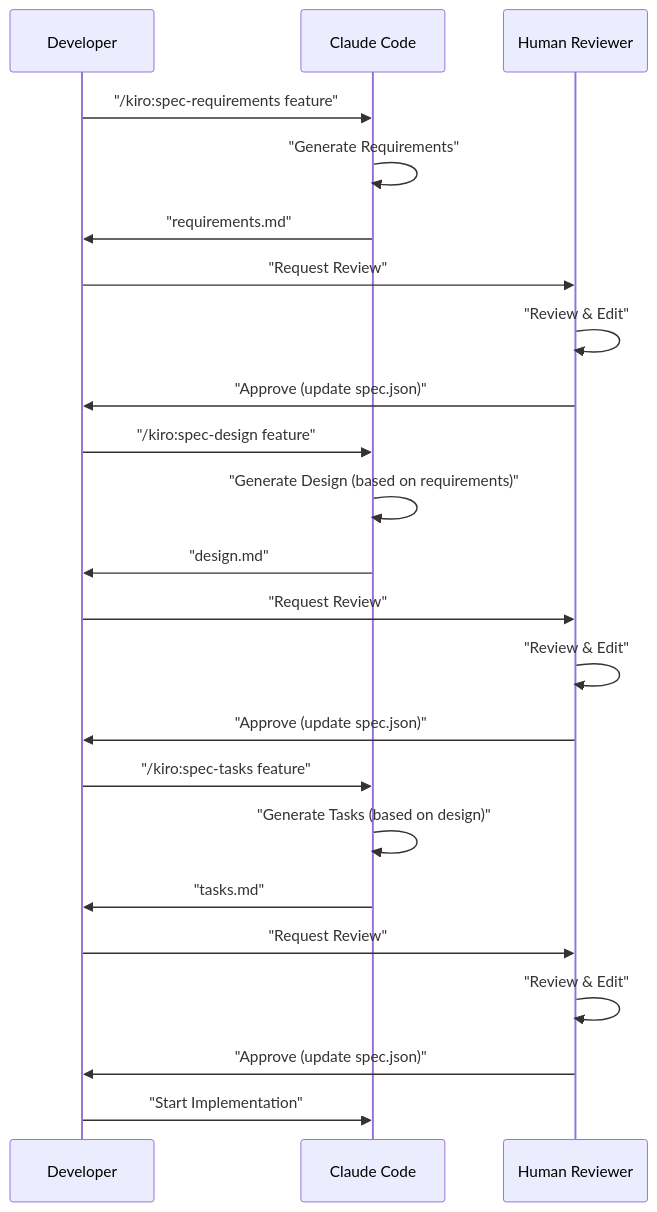
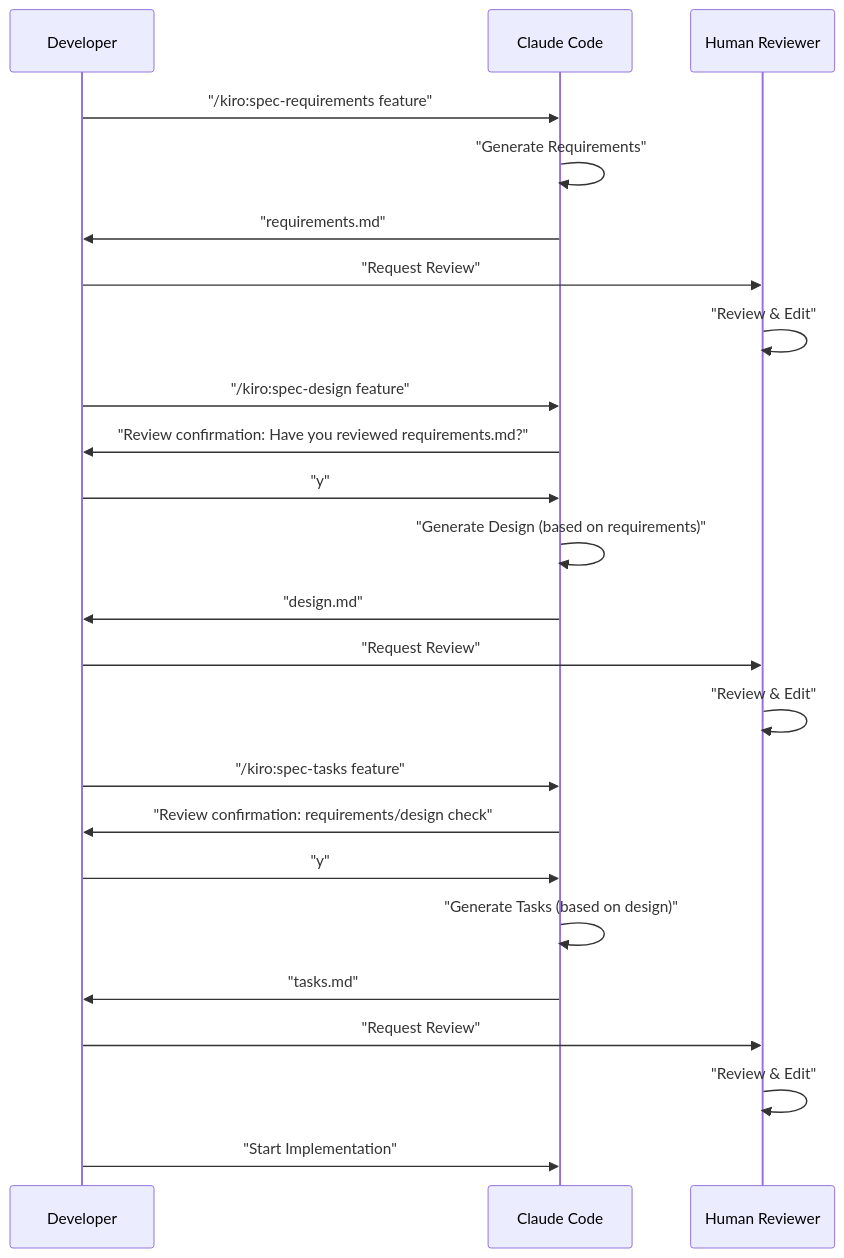
One commit to yi-john-huang/amazonq-spec changed the second of 2 diagrams in README_en.md. Above: the diagram before and after it, drawn with Mermaid. The commit also changed other lines of this file and 15 other files, not shown here.

````diff
--- a/README_en.md
+++ b/README_en.md
@@ -220,29 +211,30 @@
 ```mermaid
 sequenceDiagram
     participant D as Developer
     participant C as Claude Code
     participant H as Human Reviewer
     
     D->>C: "/kiro:spec-requirements feature"
     C->>C: "Generate Requirements"
     C->>D: "requirements.md"
     D->>H: "Request Review"
     H->>H: "Review & Edit"
-    H->>D: "Approve (update spec.json)"
     
     D->>C: "/kiro:spec-design feature"
+    C->>D: "Review confirmation: Have you reviewed requirements.md?"
+    D->>C: "y"
     C->>C: "Generate Design (based on requirements)"
     C->>D: "design.md"
     D->>H: "Request Review"
     H->>H: "Review & Edit"
-    H->>D: "Approve (update spec.json)"
     
     D->>C: "/kiro:spec-tasks feature"
+    C->>D: "Review confirmation: requirements/design check"
+    D->>C: "y"
     C->>C: "Generate Tasks (based on design)"
     C->>D: "tasks.md"
     D->>H: "Request Review"
     H->>H: "Review & Edit"
-    H->>D: "Approve (update spec.json)"
     
     D->>C: "Start Implementation"
 ```
````
